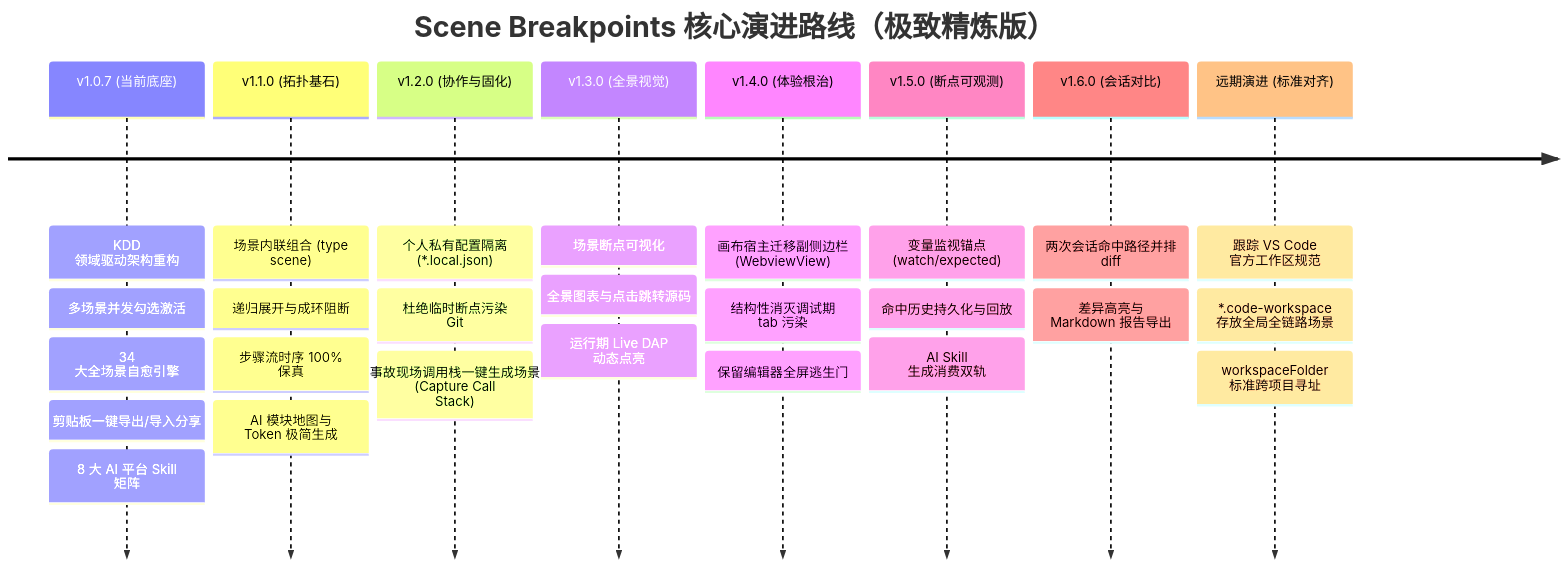
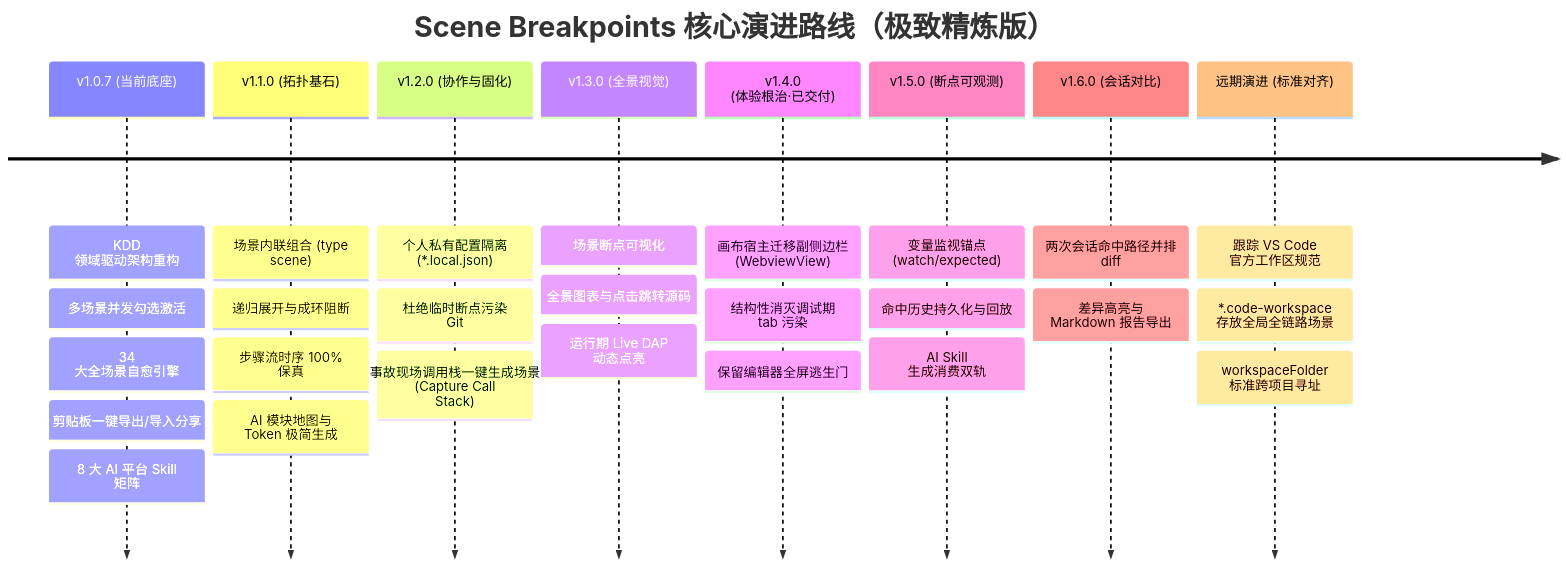
One commit to Tonys-L/scene-breakpoints-vscode changed the diagram in docs/roadmap.md. Above: the diagram before and after it, drawn with Mermaid. The commit also changed other lines of this file and 23 other files, not shown here.

````diff
--- a/docs/roadmap.md
+++ b/docs/roadmap.md
@@ -38,12 +38,12 @@
 ```mermaid
 timeline
     title Scene Breakpoints 核心演进路线（极致精炼版）
     v1.0.7 (当前底座) : KDD 领域驱动架构重构 : 多场景并发勾选激活 : 34 大全场景自愈引擎 : 剪贴板一键导出/导入分享 : 8 大 AI 平台 Skill 矩阵
     v1.1.0 (拓扑基石) : 场景内联组合 (type scene) : 递归展开与成环阻断 : 步骤流时序 100% 保真 : AI 模块地图与 Token 极简生成
     v1.2.0 (协作与固化) : 个人私有配置隔离 (*.local.json) : 杜绝临时断点污染 Git : 事故现场调用栈一键生成场景 (Capture Call Stack)
     v1.3.0 (全景视觉) : 场景断点可视化 : 全景图表与点击跳转源码 : 运行期 Live DAP 动态点亮
-    v1.4.0 (体验根治) : 画布宿主迁移副侧边栏 (WebviewView) : 结构性消灭调试期 tab 污染 : 保留编辑器全屏逃生门
+    v1.4.0 (体验根治·已交付) : 画布宿主迁移副侧边栏 (WebviewView) : 结构性消灭调试期 tab 污染 : 保留编辑器全屏逃生门
     v1.5.0 (断点可观测) : 变量监视锚点 (watch/expected) : 命中历史持久化与回放 : AI Skill 生成消费双轨
     v1.6.0 (会话对比) : 两次会话命中路径并排 diff : 差异高亮与 Markdown 报告导出
     远期演进 (标准对齐) : 跟踪 VS Code 官方工作区规范 : *.code-workspace 存放全局全链路场景 : workspaceFolder 标准跨项目寻址
 ```
````
